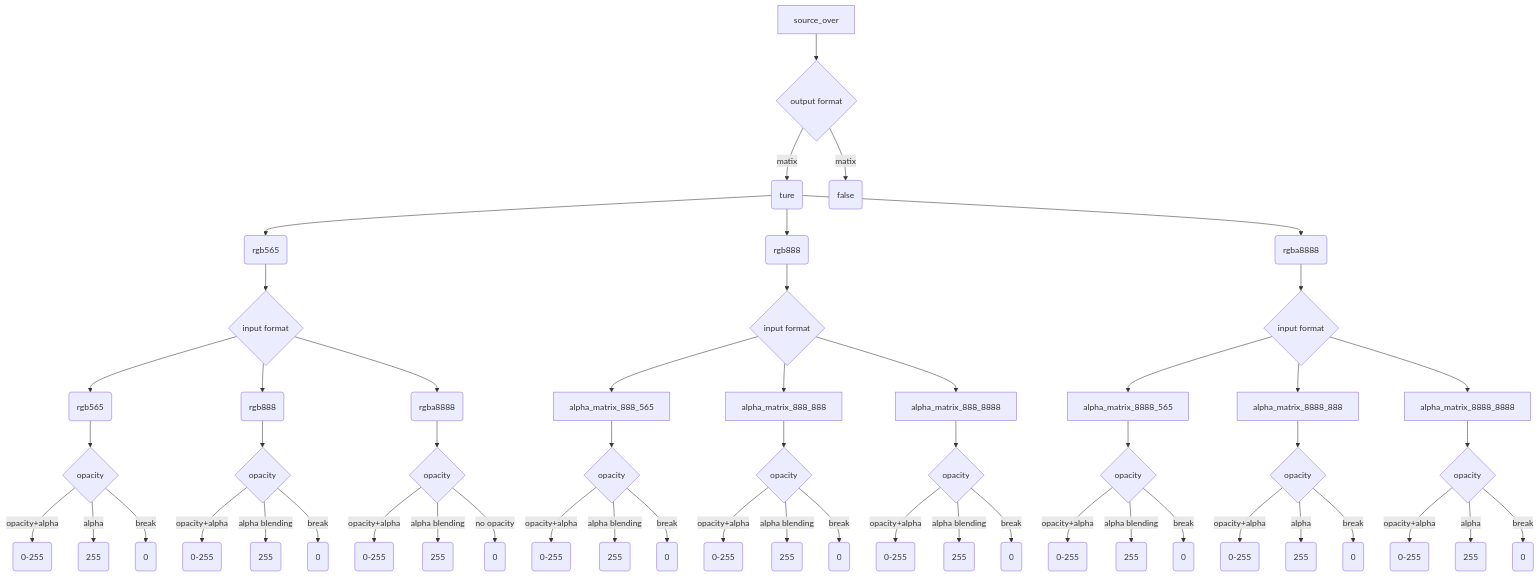
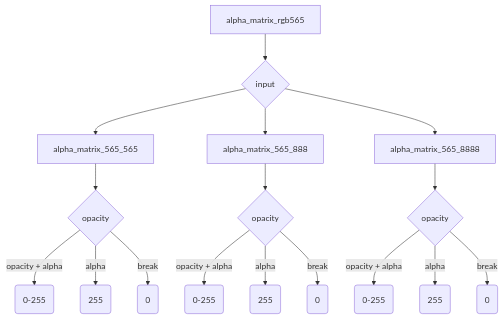
The ninth of 17 diagrams in doc/source/Design/index.md (realmcu/HoneyGUI), drawn with Mermaid before and after one commit. The commit also changed other lines of this file, not shown here.

````diff
--- a/doc/source/Design/index.md
+++ b/doc/source/Design/index.md
@@ -216,66 +151,19 @@
 ```{mermaid}
 graph TD
-source_over --> c{output format}
-c --> |matix| alpha_matrix_ture(ture)
-c --> |matix| alpha_matrix_false(false)
-
-alpha_matrix_ture --> | |alpha_matrix_ture565(rgb565)
-alpha_matrix_ture565 --> alpha_matrix_judge{input format}
-alpha_matrix_judge --> alpha_matrix_565_565(rgb565)
-alpha_matrix_565_565 --> alpha_matrix_565_565_opacity{opacity}
-alpha_matrix_565_565_opacity --> |opacity+alpha|alpha_matrix_565_565_a0_255(0-255)
-alpha_matrix_565_565_opacity --> |alpha|alpha_matrix_565_565_a255(255)
-alpha_matrix_565_565_opacity --> |break|alpha_matrix_565_565_a0(0)
-
-alpha_matrix_judge --> alpha_matrix_565_888(rgb888)
-alpha_matrix_565_888 --> alpha_matrix_565_888_opacity{opacity}
-alpha_matrix_565_888_opacity --> |opacity+alpha|alpha_matrix_565_888_a0_255(0-255)
-alpha_matrix_565_888_opacity --> |alpha blending|alpha_matrix_565_888_a255(255)
-alpha_matrix_565_888_opacity --> |break|alpha_matrix_565_888_a0(0)
-
-alpha_matrix_judge --> alpha_matrix_565_8888(rgba8888)
-alpha_matrix_565_8888 --> alpha_matrix_565_8888_opacity{opacity}
-alpha_matrix_565_8888_opacity --> |opacity+alpha|alpha_matrix_565_8888_a0_255(0-255)
-alpha_matrix_565_8888_opacity --> |alpha blending|alpha_matrix_565_8888_a255(255)
-alpha_matrix_565_8888_opacity --> |no opacity|alpha_matrix_565_8888_a0(0)
-
-alpha_matrix_ture --> | |alpha_matrix_ture888(rgb888)
-alpha_matrix_ture888 --> alpha_matrix_judge_888{input format}
-alpha_matrix_judge_888 -->alpha_matrix_888_565
-alpha_matrix_888_565 -->alpha_matrix_888_565_opacity{opacity}
-alpha_matrix_888_565_opacity --> |opacity+alpha| alpha_matrix_888_565_0_255(0-255)
-alpha_matrix_888_565_opacity --> |alpha blending|alpha_matrix_888_565_255(255)
-alpha_matrix_888_565_opacity --> |break|alpha_matrix_888_565_0(0)
-
-alpha_matrix_judge_888 -->alpha_matrix_888_888
-alpha_matrix_888_888 --> alpha_matrix_888_888_opacity{opacity}
-alpha_matrix_888_888_opacity --> |opacity+alpha| alpha_matrix_888_888_0_255(0-255)
-alpha_matrix_888_888_opacity --> |alpha blending| alpha_matrix_888_888_255(255)
-alpha_matrix_888_888_opacity --> |break| alpha_matrix_888_888_0(0)
-
-alpha_matrix_judge_888 -->alpha_matrix_888_8888
-alpha_matrix_888_8888 --> alpha_matrix_888_8888_opacity{opacity}
-alpha_matrix_888_8888_opacity --> |opacity+alpha|alpha_matrix_888_8888_0_255(0-255)
-alpha_matrix_888_8888_opacity --> |alpha blending|alpha_matrix_888_8888_255(255)
-alpha_matrix_888_8888_opacity --> |break|alpha_matrix_888_8888_0(0)
-
-alpha_matrix_ture --> | |alpha_matrix_ture8888(rgba8888)
-alpha_matrix_ture8888 --> alpha_matrix_judge_8888{input format}
-alpha_matrix_judge_8888 --> alpha_matrix_8888_565
-alpha_matrix_8888_565 --> alpha_matrix_8888_565_opacity{opacity}
-alpha_matrix_8888_565_opacity --> |opacity+alpha| alpha_matrix_8888_565_0_255(0-255)
-alpha_matrix_8888_565_opacity --> |alpha blending| alpha_matrix_8888_565_255(255)
-alpha_matrix_8888_565_opacity --> |break| alpha_matrix_8888_565_0(0)
-
-alpha_matrix_judge_8888 --> alpha_matrix_8888_888
-alpha_matrix_8888_888 --> alpha_matrix_8888_888_opacity{opacity}
-alpha_matrix_8888_888_opacity --> |opacity+alpha| alpha_matrix_8888_888_0_255(0-255)
-alpha_matrix_8888_888_opacity --> |alpha| alpha_matrix_8888_888_255(255)
-alpha_matrix_8888_888_opacity --> |break|alpha_matrix_8888_888_0(0)
-
-alpha_matrix_judge_8888 --> alpha_matrix_8888_8888
-alpha_matrix_8888_8888 --> alpha_matrix_8888_8888_opacity{opacity}
-alpha_matrix_8888_8888_opacity --> |opacity+alpha| alpha_matrix_8888_8888_0_255(0-255)
-alpha_matrix_8888_8888_opacity --> |alpha| alpha_matrix_8888_8888_255(255)
-alpha_matrix_8888_8888_opacity --> |break| alpha_matrix_8888_8888_0(0)
+alpha_matrix_rgb565 --> alpha_matrix_565{input}
+alpha_matrix_565 --> | |alpha_matrix_565_565
+alpha_matrix_565_565 --> alpha_matrix_opacity_case565{opacity}
+alpha_matrix_opacity_case565 --> |opacity + alpha| alpha_matrix_opacity_value0_255(0-255)
+alpha_matrix_opacity_case565 --> |alpha|alpha_matrix_opacity_value255(255)
+alpha_matrix_opacity_case565 --> |break|alpha_matrix_opacity_value0(0)
+alpha_matrix_565 --> | |alpha_matrix_565_888
+alpha_matrix_565_888--> alpha_matrix_opacity_case888{opacity}
+alpha_matrix_opacity_case888 --> |opacity + alpha|alpha_matrix_opacity_value888_0_255(0-255)
+alpha_matrix_opacity_case888 --> |alpha|alpha_matrix_opacity_value888_255(255)
+alpha_matrix_opacity_case888 --> |break|alpha_matrix_opacity_value888_0(0)
+alpha_matrix_565 --> | |alpha_matrix_565_8888
+alpha_matrix_565_8888 --> alpha_matrix_opacity_case8888{opacity}
+alpha_matrix_opacity_case8888 --> |opacity + alpha|alpha_matrix_opacity_value8888_0_255(0-255)
+alpha_matrix_opacity_case8888 --> |alpha|alpha_matrix_opacity_value8888_255(255)
+alpha_matrix_opacity_case8888 --> |break|alpha_matrix_opacity_value8888_0(0)
 ```
````
